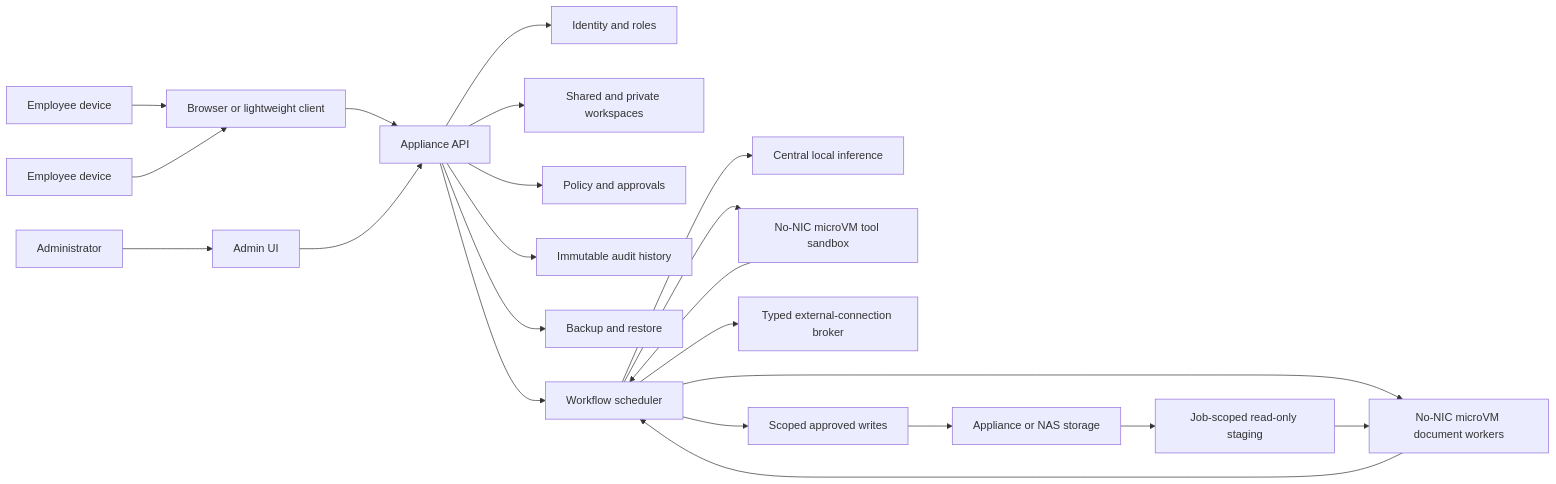
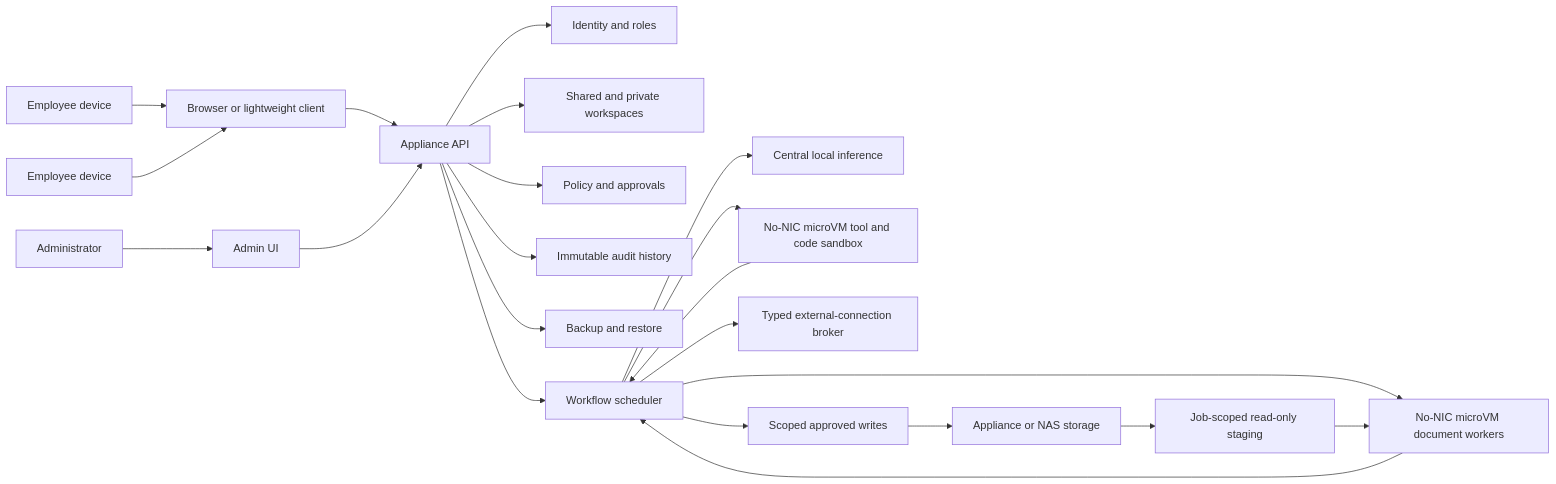
One commit to alex-alecu/vault-desk changed the diagram in docs/diagrams/office-appliance.md. Above: the diagram before and after it, drawn with Mermaid. The commit also changed other lines of this file and 30 other files, not shown here.

First line of the commit message:
docs: refine offline desktop architecture

````diff
--- a/docs/diagrams/office-appliance.md
+++ b/docs/diagrams/office-appliance.md
@@ -5,28 +5,28 @@
 ```mermaid
 flowchart LR
     EmployeeA["Employee device"] --> WebClient["Browser or lightweight client"]
     EmployeeB["Employee device"] --> WebClient
     Admin["Administrator"] --> AdminUI["Admin UI"]
 
     WebClient --> ApplianceAPI["Appliance API"]
     AdminUI --> ApplianceAPI
 
     ApplianceAPI --> Identity["Identity and roles"]
     ApplianceAPI --> Workspaces["Shared and private workspaces"]
     ApplianceAPI --> Policy["Policy and approvals"]
     ApplianceAPI --> Audit["Immutable audit history"]
     ApplianceAPI --> Backup["Backup and restore"]
     ApplianceAPI --> Scheduler["Workflow scheduler"]
 
     Scheduler --> DocumentWorkers["No-NIC microVM document workers"]
     Scheduler --> Inference["Central local inference"]
-    Scheduler --> ToolSandbox["No-NIC microVM tool sandbox"]
+    Scheduler --> ToolSandbox["No-NIC microVM tool and code sandbox"]
     Scheduler --> NetworkBroker["Typed external-connection broker"]
 
     Storage["Appliance or NAS storage"] --> Staging["Job-scoped read-only staging"]
     Staging --> DocumentWorkers
     DocumentWorkers --> Scheduler
     ToolSandbox --> Scheduler
     Scheduler --> ScopedWrites["Scoped approved writes"]
     ScopedWrites --> Storage
 ```
````
